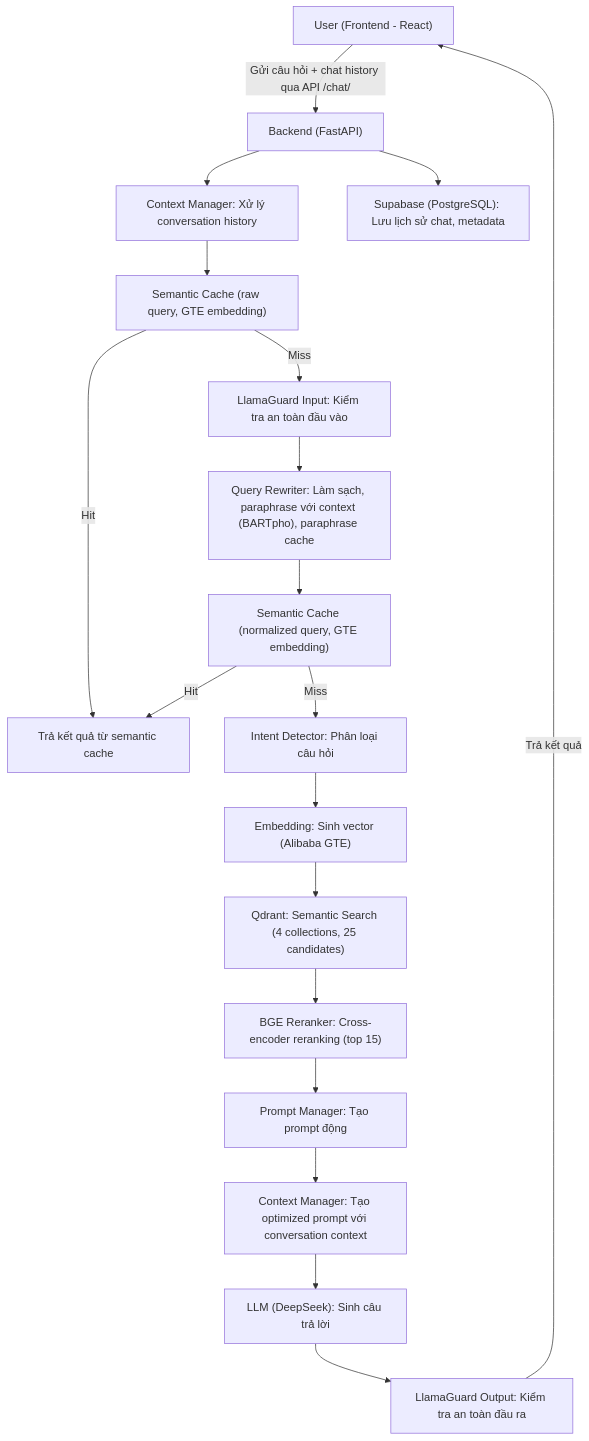
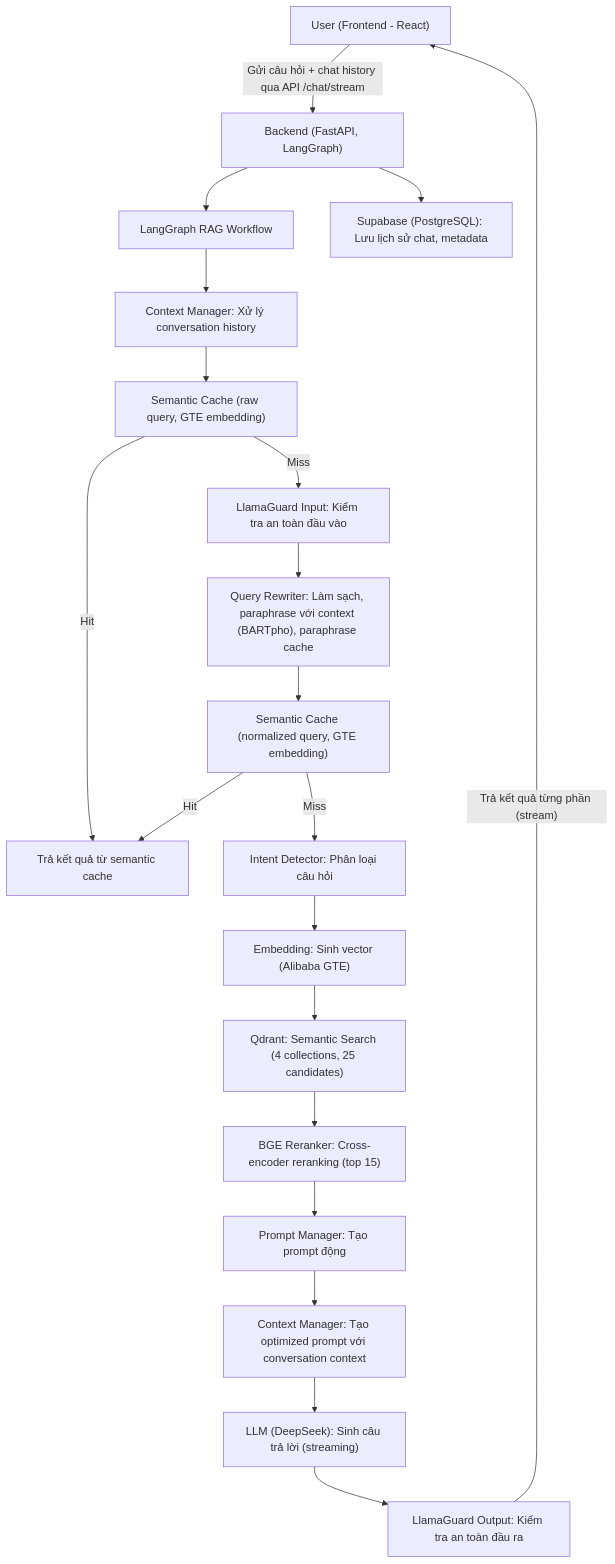
Before and after one commit to tuananhne1110/Cutru_chatbot: the first of 2 diagrams in docs/Workflow.md, drawn with Mermaid. The commit also changed other lines of this file and 8 other files, not shown here.

````diff
--- a/docs/Workflow.md
+++ b/docs/Workflow.md
@@ -5,21 +5,22 @@
 ```mermaid
 graph TD;
-  A["User (Frontend - React)"] -->|"Gửi câu hỏi + chat history qua API /chat/"| B["Backend (FastAPI)"]
-  B --> C0["Context Manager: Xử lý conversation history"]
-  C0 --> C1["Semantic Cache (raw query, GTE embedding)"]
-  C1 -- "Hit" --> Z["Trả kết quả từ semantic cache"]
-  C1 -- "Miss" --> C2["LlamaGuard Input: Kiểm tra an toàn đầu vào"]
-  C2 --> C3["Query Rewriter: Làm sạch, paraphrase với context (BARTpho), paraphrase cache"]
-  C3 --> C4["Semantic Cache (normalized query, GTE embedding)"]
-  C4 -- "Hit" --> Z
-  C4 -- "Miss" --> C5["Intent Detector: Phân loại câu hỏi"]
-  C5 --> C6["Embedding: Sinh vector (Alibaba GTE)"]
-  C6 --> C7["Qdrant: Semantic Search (4 collections, 25 candidates)"]
-  C7 --> C8["BGE Reranker: Cross-encoder reranking (top 15)"]
-  C8 --> C9["Prompt Manager: Tạo prompt động"]
-  C9 --> C10["Context Manager: Tạo optimized prompt với conversation context"]
-  C10 --> C11["LLM (DeepSeek): Sinh câu trả lời"]
-  C11 --> C12["LlamaGuard Output: Kiểm tra an toàn đầu ra"]
-  C12 -->|"Trả kết quả"| A
+  A["User (Frontend - React)"] -->|"Gửi câu hỏi + chat history qua API /chat/stream"| B["Backend (FastAPI, LangGraph)"]
+  B --> C0["LangGraph RAG Workflow"]
+  C0 --> C1["Context Manager: Xử lý conversation history"]
+  C1 --> C2["Semantic Cache (raw query, GTE embedding)"]
+  C2 -- "Hit" --> Z["Trả kết quả từ semantic cache"]
+  C2 -- "Miss" --> C3["LlamaGuard Input: Kiểm tra an toàn đầu vào"]
+  C3 --> C4["Query Rewriter: Làm sạch, paraphrase với context (BARTpho), paraphrase cache"]
+  C4 --> C5["Semantic Cache (normalized query, GTE embedding)"]
+  C5 -- "Hit" --> Z
+  C5 -- "Miss" --> C6["Intent Detector: Phân loại câu hỏi"]
+  C6 --> C7["Embedding: Sinh vector (Alibaba GTE)"]
+  C7 --> C8["Qdrant: Semantic Search (4 collections, 25 candidates)"]
+  C8 --> C9["BGE Reranker: Cross-encoder reranking (top 15)"]
+  C9 --> C10["Prompt Manager: Tạo prompt động"]
+  C10 --> C11["Context Manager: Tạo optimized prompt với conversation context"]
+  C11 --> C12["LLM (DeepSeek): Sinh câu trả lời (streaming)"]
+  C12 --> C13["LlamaGuard Output: Kiểm tra an toàn đầu ra"]
+  C13 -->|"Trả kết quả từng phần (stream)"| A
   B --> D["Supabase (PostgreSQL): Lưu lịch sử chat, metadata"]
 ```
````
